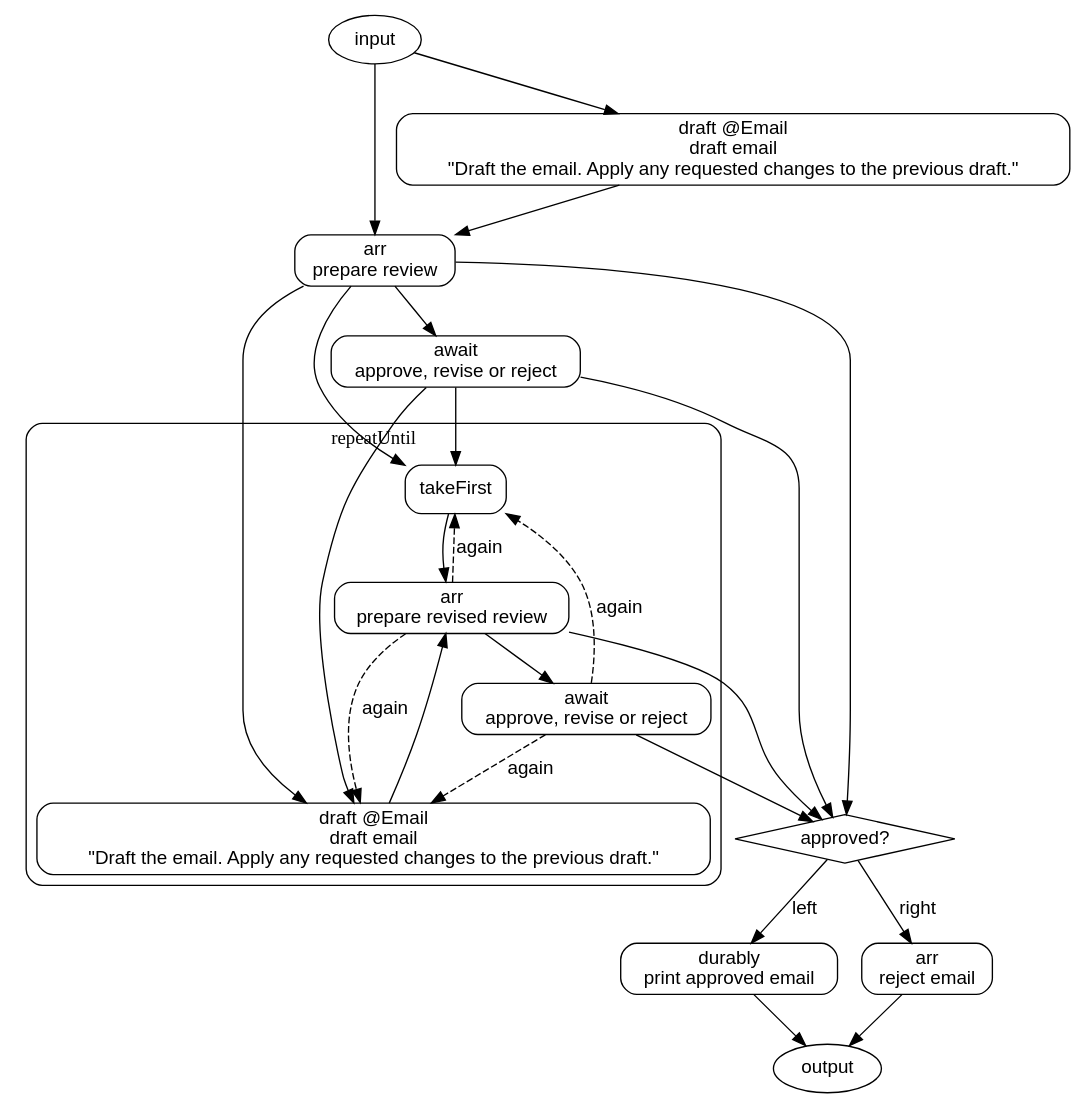
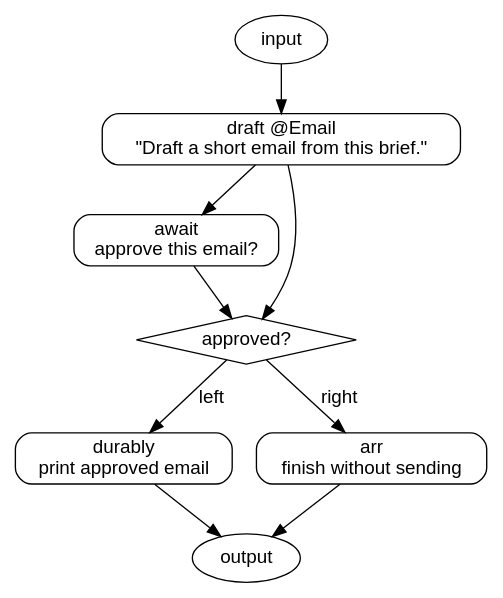
The diagram in examples/diagrams/email-approval.dot (drshade/haskell-agentic), drawn with Graphviz before and after one commit. The commit also changed 26 other files, not shown here.

```diff
--- a/examples/diagrams/email-approval.dot
+++ b/examples/diagrams/email-approval.dot
@@ -1,44 +1,20 @@
 digraph flow {
   compound=true;
   node [shape=box, style=rounded, fontname="Helvetica"];
   edge [fontname="Helvetica"];
   input [label="input", shape=oval];
-  n_flow_seq_1_seq_0_fan_1_note_0 [label="draft @Email\ndraft email\n\"Draft the email. Apply any requested changes to the previous draft.\""];
-  n_flow_seq_1_seq_1_seq_0_note_0 [label="arr\nprepare review"];
-  n_flow_seq_1_seq_1_seq_1_seq_0_fan_1_note_0 [label="await\napprove, revise or reject"];
-  subgraph cluster_n_flow_seq_1_seq_1_seq_1_seq_1_seq_0_0 {
-    label="repeatUntil";
-    style=rounded;
-    n_flow_seq_1_seq_1_seq_1_seq_1_seq_0_repeat_seq_1_seq_0_fan_0_0 [label="takeFirst"];
-    n_flow_seq_1_seq_1_seq_1_seq_1_seq_0_repeat_seq_1_seq_0_fan_1_seq_1_note_0 [label="draft @Email\ndraft email\n\"Draft the email. Apply any requested changes to the previous draft.\""];
-    n_flow_seq_1_seq_1_seq_1_seq_1_seq_0_repeat_seq_1_seq_1_seq_0_note_0 [label="arr\nprepare revised review"];
-    n_flow_seq_1_seq_1_seq_1_seq_1_seq_0_repeat_seq_1_seq_1_seq_1_fan_1_note_0 [label="await\napprove, revise or reject"];
-  }
-  n_flow_seq_1_seq_1_seq_1_seq_1_seq_1_seq_1_note_0 [label="approved?", shape=diamond, style=solid];
-  n_flow_seq_1_seq_1_seq_1_seq_1_seq_1_seq_1_note_choose_0_seq_0_note_0 [label="durably\nprint approved email"];
-  n_flow_seq_1_seq_1_seq_1_seq_1_seq_1_seq_1_note_choose_1_note_0 [label="arr\nreject email"];
+  n_flow_seq_0_0 [label="draft @Email\n\"Draft a short email from this brief.\""];
+  n_flow_seq_1_seq_0_fan_1_note_0 [label="await\napprove this email?"];
+  n_flow_seq_1_seq_1_seq_1_note_0 [label="approved?", shape=diamond, style=solid];
+  n_flow_seq_1_seq_1_seq_1_note_choose_0_note_0 [label="durably\nprint approved email"];
+  n_flow_seq_1_seq_1_seq_1_note_choose_1_note_0 [label="arr\nfinish without sending"];
   output [label="output", shape=oval];
-  input -> n_flow_seq_1_seq_0_fan_1_note_0;
-  input -> n_flow_seq_1_seq_1_seq_0_note_0;
-  n_flow_seq_1_seq_0_fan_1_note_0 -> n_flow_seq_1_seq_1_seq_0_note_0;
-  n_flow_seq_1_seq_1_seq_0_note_0 -> n_flow_seq_1_seq_1_seq_1_seq_0_fan_1_note_0;
-  n_flow_seq_1_seq_1_seq_0_note_0 -> n_flow_seq_1_seq_1_seq_1_seq_1_seq_0_repeat_seq_1_seq_0_fan_0_0;
-  n_flow_seq_1_seq_1_seq_1_seq_0_fan_1_note_0 -> n_flow_seq_1_seq_1_seq_1_seq_1_seq_0_repeat_seq_1_seq_0_fan_0_0;
-  n_flow_seq_1_seq_1_seq_0_note_0 -> n_flow_seq_1_seq_1_seq_1_seq_1_seq_0_repeat_seq_1_seq_0_fan_1_seq_1_note_0;
-  n_flow_seq_1_seq_1_seq_1_seq_0_fan_1_note_0 -> n_flow_seq_1_seq_1_seq_1_seq_1_seq_0_repeat_seq_1_seq_0_fan_1_seq_1_note_0;
-  n_flow_seq_1_seq_1_seq_1_seq_1_seq_0_repeat_seq_1_seq_0_fan_0_0 -> n_flow_seq_1_seq_1_seq_1_seq_1_seq_0_repeat_seq_1_seq_1_seq_0_note_0;
-  n_flow_seq_1_seq_1_seq_1_seq_1_seq_0_repeat_seq_1_seq_0_fan_1_seq_1_note_0 -> n_flow_seq_1_seq_1_seq_1_seq_1_seq_0_repeat_seq_1_seq_1_seq_0_note_0;
-  n_flow_seq_1_seq_1_seq_1_seq_1_seq_0_repeat_seq_1_seq_1_seq_0_note_0 -> n_flow_seq_1_seq_1_seq_1_seq_1_seq_0_repeat_seq_1_seq_1_seq_1_fan_1_note_0;
-  n_flow_seq_1_seq_1_seq_1_seq_1_seq_0_repeat_seq_1_seq_1_seq_0_note_0 -> n_flow_seq_1_seq_1_seq_1_seq_1_seq_0_repeat_seq_1_seq_0_fan_0_0 [label="again", style=dashed];
-  n_flow_seq_1_seq_1_seq_1_seq_1_seq_0_repeat_seq_1_seq_1_seq_0_note_0 -> n_flow_seq_1_seq_1_seq_1_seq_1_seq_0_repeat_seq_1_seq_0_fan_1_seq_1_note_0 [label="again", style=dashed];
-  n_flow_seq_1_seq_1_seq_1_seq_1_seq_0_repeat_seq_1_seq_1_seq_1_fan_1_note_0 -> n_flow_seq_1_seq_1_seq_1_seq_1_seq_0_repeat_seq_1_seq_0_fan_0_0 [label="again", style=dashed];
-  n_flow_seq_1_seq_1_seq_1_seq_1_seq_0_repeat_seq_1_seq_1_seq_1_fan_1_note_0 -> n_flow_seq_1_seq_1_seq_1_seq_1_seq_0_repeat_seq_1_seq_0_fan_1_seq_1_note_0 [label="again", style=dashed];
-  n_flow_seq_1_seq_1_seq_0_note_0 -> n_flow_seq_1_seq_1_seq_1_seq_1_seq_1_seq_1_note_0;
-  n_flow_seq_1_seq_1_seq_1_seq_1_seq_0_repeat_seq_1_seq_1_seq_0_note_0 -> n_flow_seq_1_seq_1_seq_1_seq_1_seq_1_seq_1_note_0;
-  n_flow_seq_1_seq_1_seq_1_seq_0_fan_1_note_0 -> n_flow_seq_1_seq_1_seq_1_seq_1_seq_1_seq_1_note_0;
-  n_flow_seq_1_seq_1_seq_1_seq_1_seq_0_repeat_seq_1_seq_1_seq_1_fan_1_note_0 -> n_flow_seq_1_seq_1_seq_1_seq_1_seq_1_seq_1_note_0;
-  n_flow_seq_1_seq_1_seq_1_seq_1_seq_1_seq_1_note_0 -> n_flow_seq_1_seq_1_seq_1_seq_1_seq_1_seq_1_note_choose_0_seq_0_note_0 [label="left"];
-  n_flow_seq_1_seq_1_seq_1_seq_1_seq_1_seq_1_note_0 -> n_flow_seq_1_seq_1_seq_1_seq_1_seq_1_seq_1_note_choose_1_note_0 [label="right"];
-  n_flow_seq_1_seq_1_seq_1_seq_1_seq_1_seq_1_note_choose_0_seq_0_note_0 -> output;
-  n_flow_seq_1_seq_1_seq_1_seq_1_seq_1_seq_1_note_choose_1_note_0 -> output;
+  input -> n_flow_seq_0_0;
+  n_flow_seq_0_0 -> n_flow_seq_1_seq_0_fan_1_note_0;
+  n_flow_seq_0_0 -> n_flow_seq_1_seq_1_seq_1_note_0;
+  n_flow_seq_1_seq_0_fan_1_note_0 -> n_flow_seq_1_seq_1_seq_1_note_0;
+  n_flow_seq_1_seq_1_seq_1_note_0 -> n_flow_seq_1_seq_1_seq_1_note_choose_0_note_0 [label="left"];
+  n_flow_seq_1_seq_1_seq_1_note_0 -> n_flow_seq_1_seq_1_seq_1_note_choose_1_note_0 [label="right"];
+  n_flow_seq_1_seq_1_seq_1_note_choose_0_note_0 -> output;
+  n_flow_seq_1_seq_1_seq_1_note_choose_1_note_0 -> output;
 }
```
